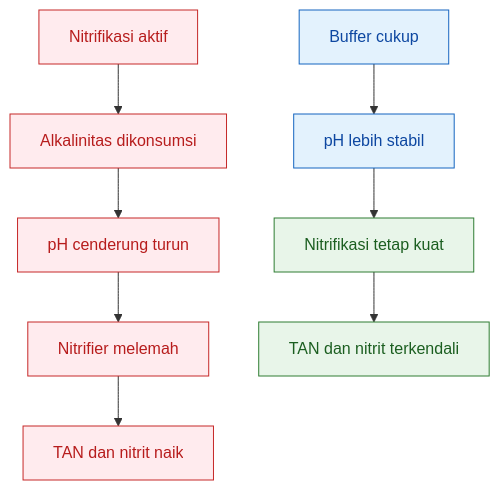
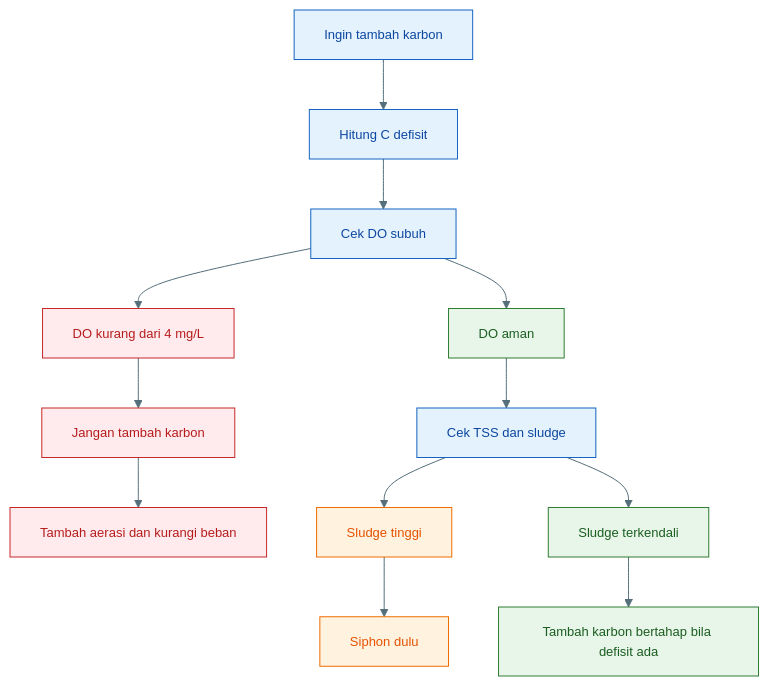
One commit to slametsampon/kawruhnology changed diagram 17 of 32 in content/blog/agri/perikanan/ratio-cn-rendah-biflok.mdx. Above: the diagram before and after it, drawn with Mermaid. The commit also changed other lines of this file, not shown here.

````diff
--- a/content/blog/agri/perikanan/ratio-cn-rendah-biflok.mdx
+++ b/content/blog/agri/perikanan/ratio-cn-rendah-biflok.mdx
@@ -1926,19 +3497,40 @@
-```mermaid id="rfxclz"
+```mermaid id="sop-karbon-oksigen"
+%%{init: {'theme':'base','themeVariables':{
+'primaryColor':'#E3F2FD',
+'primaryTextColor':'#0D47A1',
+'primaryBorderColor':'#1565C0',
+'secondaryColor':'#E8F5E9',
+'secondaryTextColor':'#1B5E20',
+'secondaryBorderColor':'#2E7D32',
+'tertiaryColor':'#FFF3E0',
+'tertiaryTextColor':'#E65100',
+'tertiaryBorderColor':'#EF6C00',
+'lineColor':'#546E7A',
+'fontSize':'13px'
+}}}%%
 flowchart TD
-    A["Nitrifikasi aktif"] --> B["Alkalinitas dikonsumsi"]
-    B --> C["pH cenderung turun"]
-    C --> D["Nitrifier melemah"]
-    D --> E["TAN dan nitrit naik"]
+    A["Ingin tambah karbon"] --> B["Hitung C defisit"]
+    B --> C["Cek DO subuh"]
+    C --> D["DO kurang dari 4 mg/L"]
+    C --> E["DO aman"]
 
-    F["Buffer cukup"] --> G["pH lebih stabil"]
-    G --> H["Nitrifikasi tetap kuat"]
-    H --> I["TAN dan nitrit terkendali"]
+    D --> F["Jangan tambah karbon"]
+    F --> G["Tambah aerasi dan kurangi beban"]
 
-    classDef risk fill:#ffebee,stroke:#c62828,color:#b71c1c;
-    classDef buffer fill:#e3f2fd,stroke:#1565c0,color:#0d47a1;
-    classDef stable fill:#e8f5e9,stroke:#2e7d32,color:#1b5e20;
+    E --> H["Cek TSS dan sludge"]
+    H --> I["Sludge tinggi"]
+    H --> J["Sludge terkendali"]
 
-    class A,B,C,D,E risk;
-    class F,G buffer;
-    class H,I stable;
+    I --> K["Siphon dulu"]
+    J --> L["Tambah karbon bertahap bila defisit ada"]
+
+    classDef input fill:#E3F2FD,stroke:#1565C0,color:#0D47A1;
+    classDef aman fill:#E8F5E9,stroke:#2E7D32,color:#1B5E20;
+    classDef risiko fill:#FFF3E0,stroke:#EF6C00,color:#E65100;
+    classDef bahaya fill:#FFEBEE,stroke:#C62828,color:#B71C1C;
+
+    class A,B,C,H input;
+    class E,J,L aman;
+    class I,K risiko;
+    class D,F,G bahaya;
 ```
````
